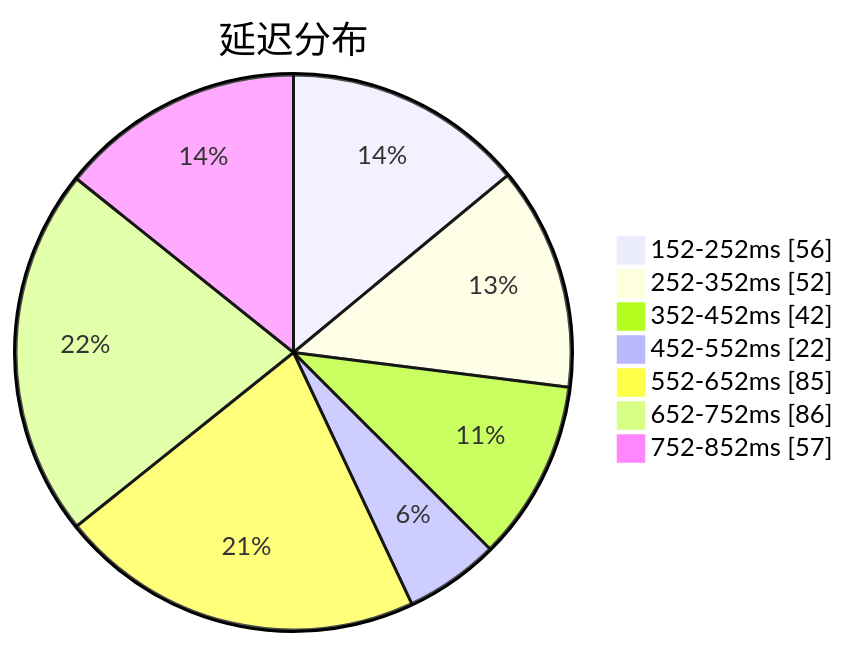
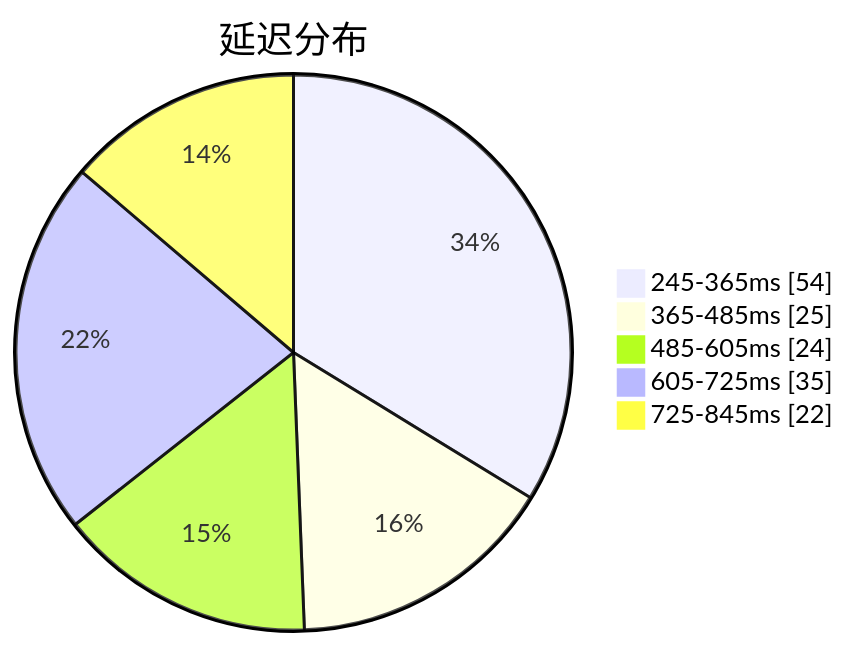
One commit to qjlxg/airport changed the first of 3 diagrams in subs/statistics/tested_within.md. Above: the diagram before and after it, drawn with Mermaid. The commit also changed other lines of this file and 2 other files, not shown here.

````diff
--- a/subs/statistics/tested_within.md
+++ b/subs/statistics/tested_within.md
@@ -2,11 +2,9 @@
 ```mermaid
 pie showData
 title 延迟分布
-"152-252ms" : 56
-"252-352ms" : 52
-"352-452ms" : 42
-"452-552ms" : 22
-"552-652ms" : 85
-"652-752ms" : 86
-"752-852ms" : 57
+"245-365ms" : 54
+"365-485ms" : 25
+"485-605ms" : 24
+"605-725ms" : 35
+"725-845ms" : 22
 ```
````
